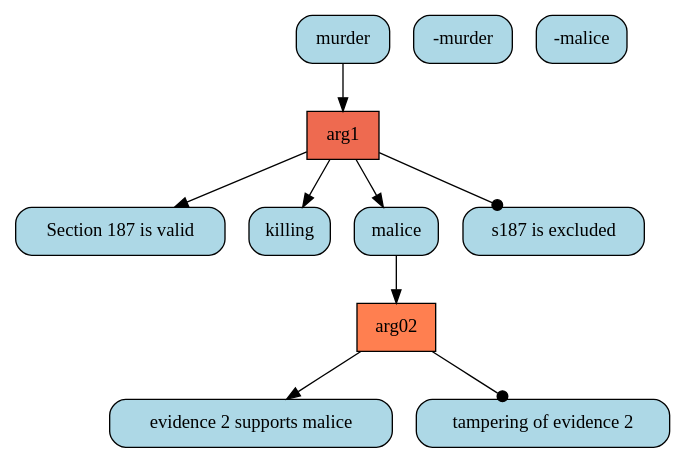
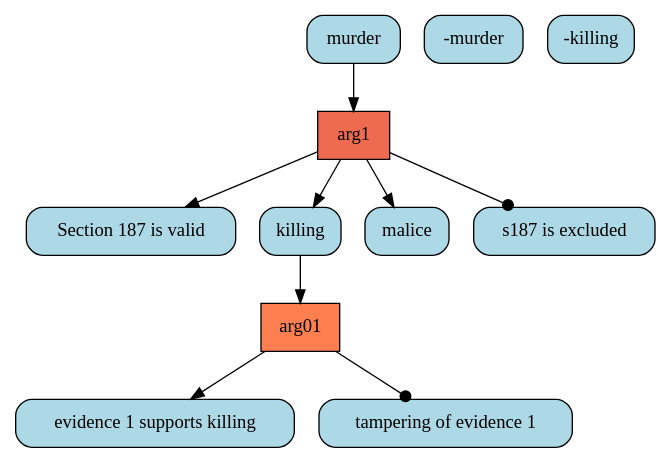
One commit to goweiting/carneades-ext changed the diagram in system/dot/paper07/1_0-1.dot. Above: the diagram before and after it, drawn with Graphviz. The commit also changed 38 other files, not shown here.

```diff
--- a/system/dot/paper07/1_0-1.dot
+++ b/system/dot/paper07/1_0-1.dot
@@ -1,21 +1,21 @@
 digraph G{ 
 "arg1" [color="black", fillcolor="coral2",fixedsize=false, shape=box, style="filled"]; 
 "murder" [color="black", fillcolor="lightblue", fixedsize=false,  shape="box", style="rounded,filled"]; 
 "-murder" [color="black", fillcolor="lightblue", fixedsize=false,  shape="box", style="rounded,filled"]; 
 "Section 187 is valid" [color="black", fillcolor="lightblue", fixedsize=false,  shape="box", style="rounded,filled"]; 
 "killing" [color="black", fillcolor="lightblue", fixedsize=false,  shape="box", style="rounded,filled"]; 
 "malice" [color="black", fillcolor="lightblue", fixedsize=false,  shape="box", style="rounded,filled"]; 
 "s187 is excluded" [color="black", fillcolor="lightblue", fixedsize=false,  shape="box", style="rounded,filled"]; 
-"arg02" [color="black", fillcolor="coral",fixedsize=false, shape=box, style="filled"]; 
-"-malice" [color="black", fillcolor="lightblue", fixedsize=false,  shape="box", style="rounded,filled"]; 
-"evidence 2 supports malice" [color="black", fillcolor="lightblue", fixedsize=false,  shape="box", style="rounded,filled"]; 
-"tampering of evidence 2" [color="black", fillcolor="lightblue", fixedsize=false,  shape="box", style="rounded,filled"]; 
+"arg01" [color="black", fillcolor="coral",fixedsize=false, shape=box, style="filled"]; 
+"-killing" [color="black", fillcolor="lightblue", fixedsize=false,  shape="box", style="rounded,filled"]; 
+"evidence 1 supports killing" [color="black", fillcolor="lightblue", fixedsize=false,  shape="box", style="rounded,filled"]; 
+"tampering of evidence 1" [color="black", fillcolor="lightblue", fixedsize=false,  shape="box", style="rounded,filled"]; 
 "murder" -> "arg1" ; 
 "arg1" -> "Section 187 is valid" ; 
 "arg1" -> "killing" ; 
 "arg1" -> "malice" ; 
 "arg1" -> "s187 is excluded" [arrowhead=dot] ; 
-"malice" -> "arg02" ; 
-"arg02" -> "evidence 2 supports malice" ; 
-"arg02" -> "tampering of evidence 2" [arrowhead=dot] ; 
+"killing" -> "arg01" ; 
+"arg01" -> "evidence 1 supports killing" ; 
+"arg01" -> "tampering of evidence 1" [arrowhead=dot] ; 
 }
```
